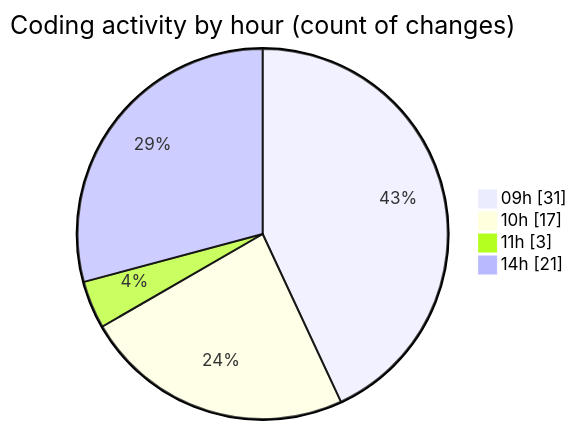
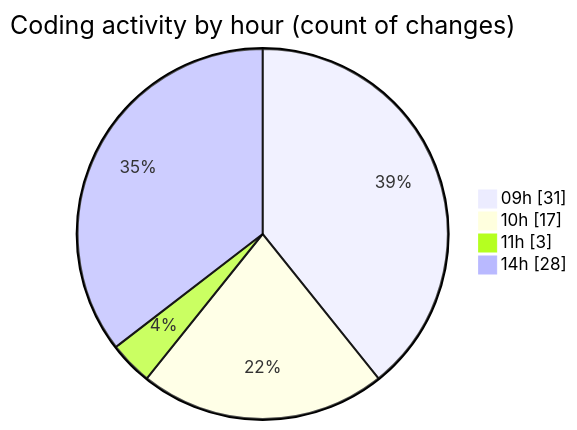
Before and after one commit to robertbonfada/code-tracking: the second of 2 diagrams in 2025-03-05/termonied_testador/README.md, drawn with Mermaid. The commit also changed other lines of this file and 1 other file, not shown here.

````diff
--- a/2025-03-05/termonied_testador/README.md
+++ b/2025-03-05/termonied_testador/README.md
@@ -40,8 +41,8 @@
 ```mermaid
 pie showData
 title Coding activity by hour (count of changes)
 "09h" : 31
 "10h" : 17
 "11h" : 3
-"14h" : 21
+"14h" : 28
 ```
````
